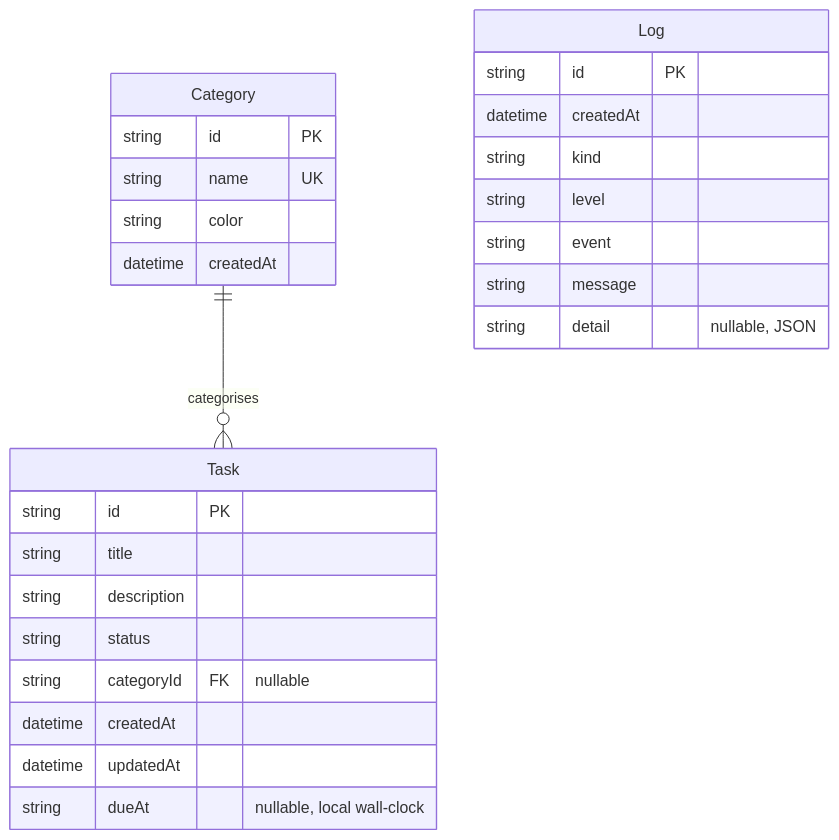
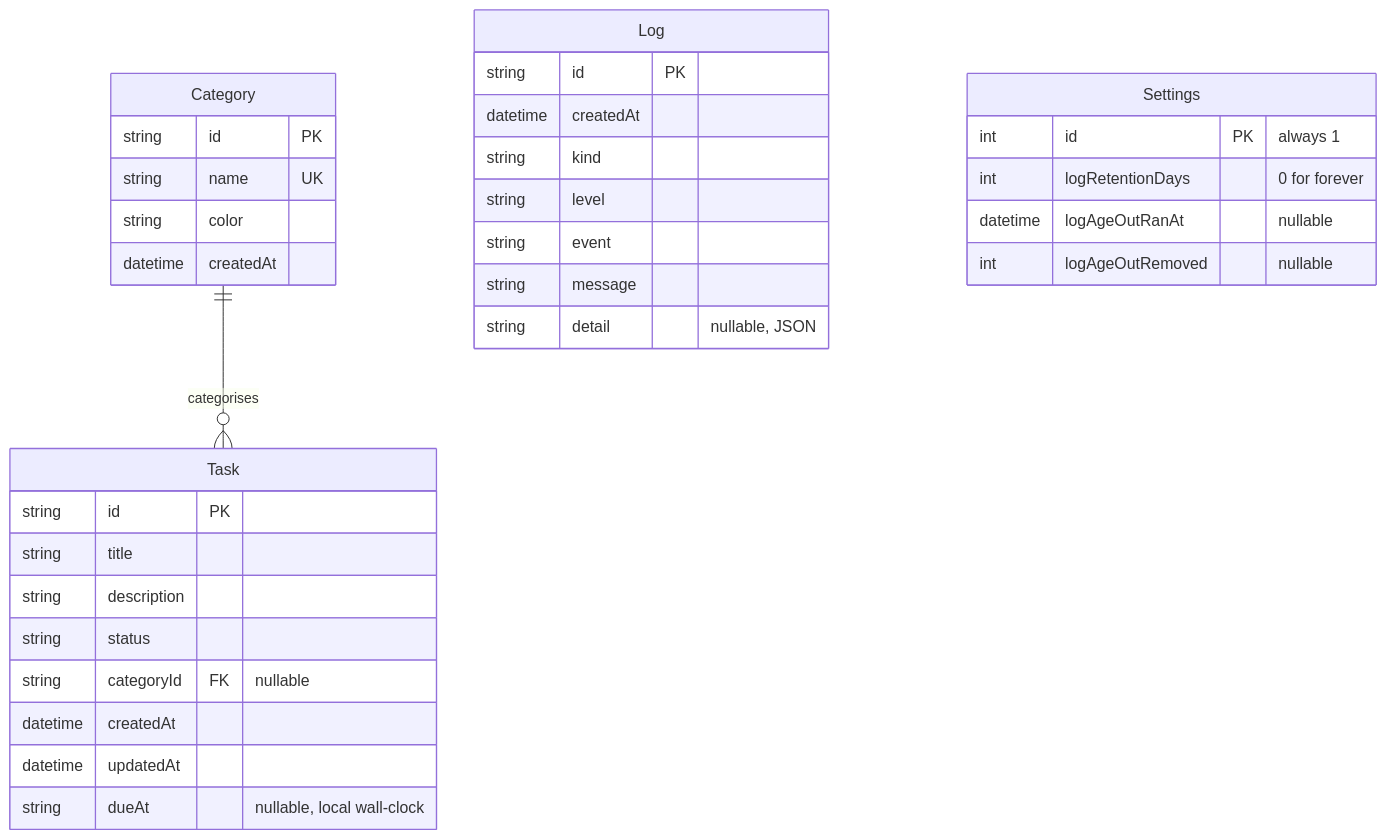
One commit to JoshGill3882/Vecta changed the second of 2 diagrams in ARCHITECTURE.md. Above: the diagram before and after it, drawn with Mermaid. The commit also changed other lines of this file and 9 other files, not shown here.

Commit message:
docs(logs): describe log retention, the Settings table and TZ

````diff
--- a/ARCHITECTURE.md
+++ b/ARCHITECTURE.md
@@ -171,32 +172,39 @@
 ```mermaid
 erDiagram
     Category ||--o{ Task : categorises
 
     Task {
         string   id PK
         string   title
         string   description
         string   status
         string   categoryId FK "nullable"
         datetime createdAt
         datetime updatedAt
         string   dueAt "nullable, local wall-clock"
     }
 
     Category {
         string   id PK
         string   name UK
         string   color
         datetime createdAt
     }
 
     Log {
         string   id PK
         datetime createdAt
         string   kind
         string   level
         string   event
         string   message
         string   detail "nullable, JSON"
     }
+
+    Settings {
+        int      id PK "always 1"
+        int      logRetentionDays "0 for forever"
+        datetime logAgeOutRanAt "nullable"
+        int      logAgeOutRemoved "nullable"
+    }
 ```
````
